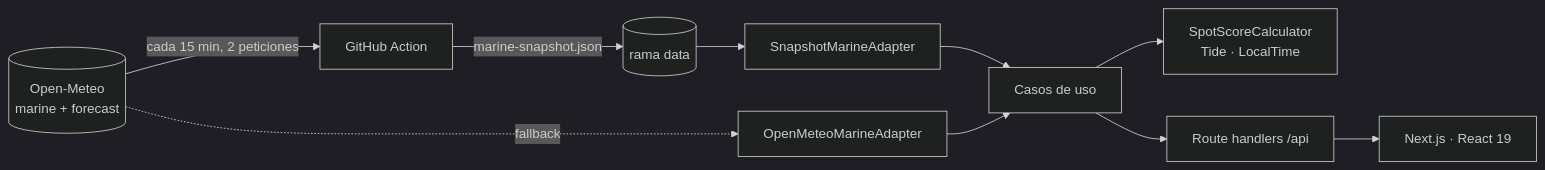
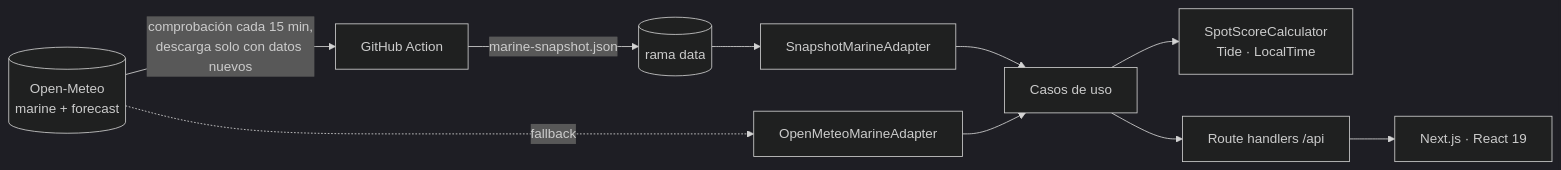
Before and after one commit to pablomrtinezzz/Wavez: the diagram in README.md, drawn with Mermaid (dark theme). The commit also changed other lines of this file, not shown here.

````diff
--- a/README.md
+++ b/README.md
@@ -59,12 +62,12 @@
 ```mermaid
 flowchart LR
-  OM[("Open-Meteo<br/>marine + forecast")] -->|"cada 15 min, 2 peticiones"| GA["GitHub Action"]
+  OM[("Open-Meteo<br/>marine + forecast")] -->|"comprobación cada 15 min,<br/>descarga solo con datos nuevos"| GA["GitHub Action"]
   GA -->|"marine-snapshot.json"| DATA[("rama data")]
   DATA --> SNAP["SnapshotMarineAdapter"]
   OM -.->|"fallback"| LIVE["OpenMeteoMarineAdapter"]
   SNAP --> UC["Casos de uso"]
   LIVE --> UC
   UC --> SCORE["SpotScoreCalculator<br/>Tide · LocalTime"]
   UC --> API["Route handlers /api"]
   API --> UI["Next.js · React 19"]
 ```
````
